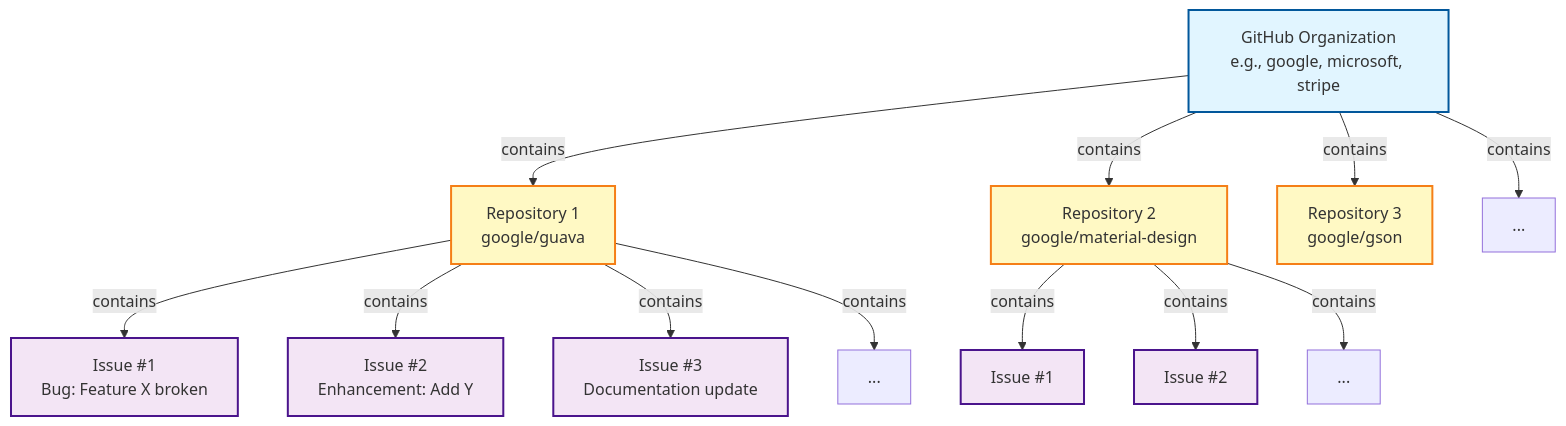
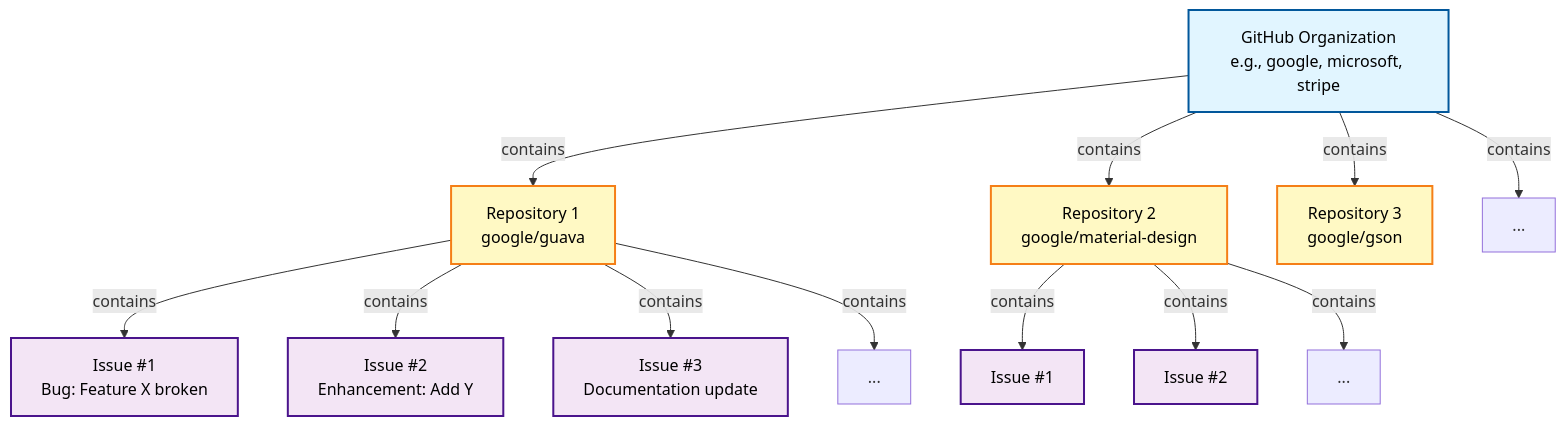
The first of 2 diagrams in README.md (lmcrean/bucket-harvest), drawn with Mermaid before and after one commit. The commit also changed other lines of this file, not shown here.

Commit message:
Make mermaid diagram text jet black for better readability
- Added color:#000 to all style definitions in both diagrams
- Ensures text is crisp and easy to read instead of faint
- Improves accessibility and visual clarity

🤖 Generated with [Claude Code](https://claude.com/claude-code)

````diff
--- a/README.md
+++ b/README.md
@@ -18,26 +18,26 @@
 ```mermaid
 graph TD
     A[GitHub Organization<br/>e.g., google, microsoft, stripe] -->|contains| B1[Repository 1<br/>google/guava]
     A -->|contains| B2[Repository 2<br/>google/material-design]
     A -->|contains| B3[Repository 3<br/>google/gson]
     A -->|contains| B4[...]
 
     B1 -->|contains| C1[Issue #1<br/>Bug: Feature X broken]
     B1 -->|contains| C2[Issue #2<br/>Enhancement: Add Y]
     B1 -->|contains| C3[Issue #3<br/>Documentation update]
     B1 -->|contains| C4[...]
 
     B2 -->|contains| D1[Issue #1]
     B2 -->|contains| D2[Issue #2]
     B2 -->|contains| D3[...]
 
-    style A fill:#e1f5ff,stroke:#01579b,stroke-width:2px
-    style B1 fill:#fff9c4,stroke:#f57f17,stroke-width:2px
-    style B2 fill:#fff9c4,stroke:#f57f17,stroke-width:2px
-    style B3 fill:#fff9c4,stroke:#f57f17,stroke-width:2px
-    style C1 fill:#f3e5f5,stroke:#4a148c,stroke-width:2px
-    style C2 fill:#f3e5f5,stroke:#4a148c,stroke-width:2px
-    style C3 fill:#f3e5f5,stroke:#4a148c,stroke-width:2px
-    style D1 fill:#f3e5f5,stroke:#4a148c,stroke-width:2px
-    style D2 fill:#f3e5f5,stroke:#4a148c,stroke-width:2px
+    style A fill:#e1f5ff,stroke:#01579b,stroke-width:2px,color:#000
+    style B1 fill:#fff9c4,stroke:#f57f17,stroke-width:2px,color:#000
+    style B2 fill:#fff9c4,stroke:#f57f17,stroke-width:2px,color:#000
+    style B3 fill:#fff9c4,stroke:#f57f17,stroke-width:2px,color:#000
+    style C1 fill:#f3e5f5,stroke:#4a148c,stroke-width:2px,color:#000
+    style C2 fill:#f3e5f5,stroke:#4a148c,stroke-width:2px,color:#000
+    style C3 fill:#f3e5f5,stroke:#4a148c,stroke-width:2px,color:#000
+    style D1 fill:#f3e5f5,stroke:#4a148c,stroke-width:2px,color:#000
+    style D2 fill:#f3e5f5,stroke:#4a148c,stroke-width:2px,color:#000
 ```
````
